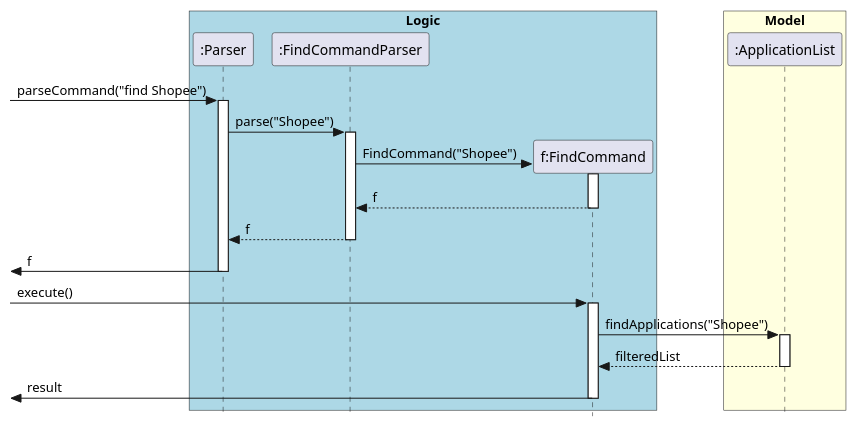
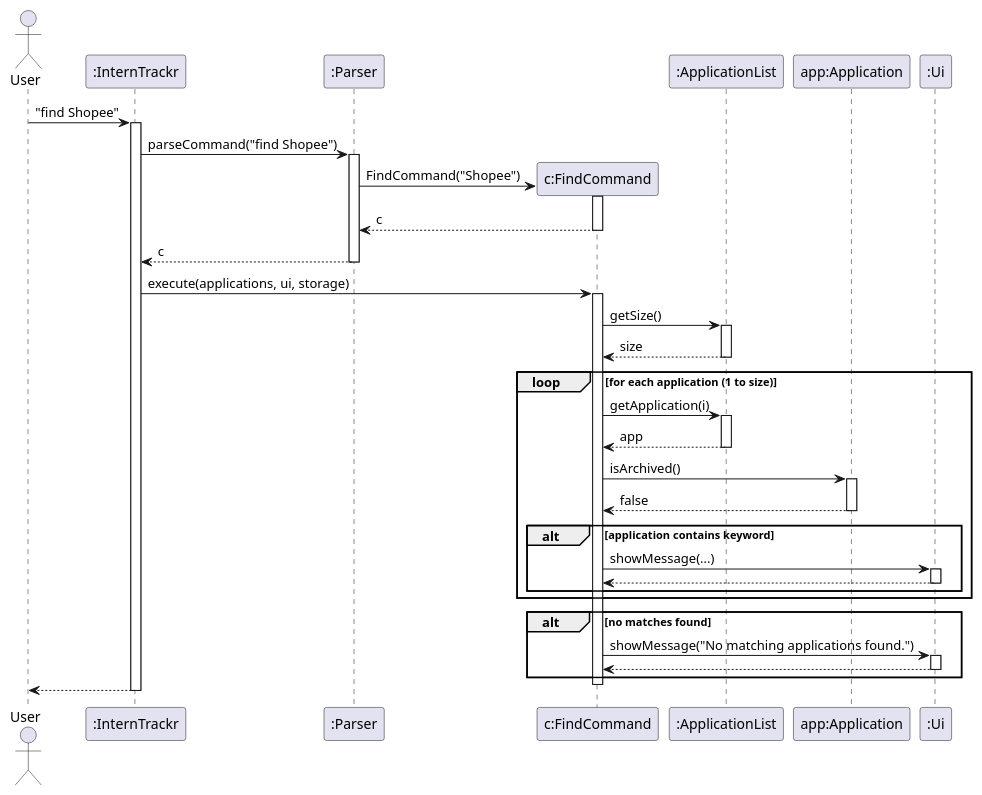
Before and after one commit to eugenia-cnl-lee/tp: the diagram in docs/diagrams/EmryFindCommandSequence.puml, drawn with PlantUML.

Commit message:
Remove unnecessary formatting from FindCommandSequence UML to be consistent with other diagrams

```diff
--- a/docs/diagrams/EmryFindCommandSequence.puml
+++ b/docs/diagrams/EmryFindCommandSequence.puml
@@ -1,41 +1,61 @@
 @startuml
-skinparam Style strictuml
-box "Logic" #LightBlue
-participant ":Parser" as Parser
-participant ":FindCommandParser" as FindCommandParser
-participant "f:FindCommand" as FindCommand
-end box
+actor User
+participant ":InternTrackr" as IT
+participant ":Parser" as P
+participant "c:FindCommand" as FC
+participant ":ApplicationList" as AL
+participant "app:Application" as App
+participant ":Ui" as UI
 
-box "Model" #LightYellow
-participant ":ApplicationList" as ApplicationList
-end box
+User -> IT : "find Shopee"
+activate IT
+IT -> P : parseCommand("find Shopee")
+activate P
 
-[-> Parser : parseCommand("find Shopee")
-activate Parser
+create FC
+P -> FC : FindCommand("Shopee")
+activate FC
+FC --> P : c
+deactivate FC
 
-Parser -> FindCommandParser : parse("Shopee")
-activate FindCommandParser
+P --> IT : c
+deactivate P
 
-create FindCommand
-FindCommandParser -> FindCommand : FindCommand("Shopee")
-activate FindCommand
-FindCommand --> FindCommandParser : f
-deactivate FindCommand
+IT -> FC : execute(applications, ui, storage)
+activate FC
 
-FindCommandParser --> Parser : f
-deactivate FindCommandParser
+FC -> AL : getSize()
+activate AL
+AL --> FC : size
+deactivate AL
 
-[<- Parser : f
-deactivate Parser
+loop for each application (1 to size)
+    FC -> AL : getApplication(i)
+    activate AL
+    AL --> FC : app
+    deactivate AL
 
-[-> FindCommand : execute()
-activate FindCommand
+    FC -> App : isArchived()
+    activate App
+    App --> FC : false
+    deactivate App
 
-FindCommand -> ApplicationList : findApplications("Shopee")
-activate ApplicationList
-ApplicationList --> FindCommand : filteredList
-deactivate ApplicationList
+    alt application contains keyword
+        FC -> UI : showMessage(...)
+        activate UI
+        UI --> FC
+        deactivate UI
+    end
+end
 
-[<- FindCommand : result
-deactivate FindCommand
+alt no matches found
+    FC -> UI : showMessage("No matching applications found.")
+    activate UI
+    UI --> FC
+    deactivate UI
+end
+
+deactivate FC
+IT --> User
+deactivate IT
 @enduml
```
